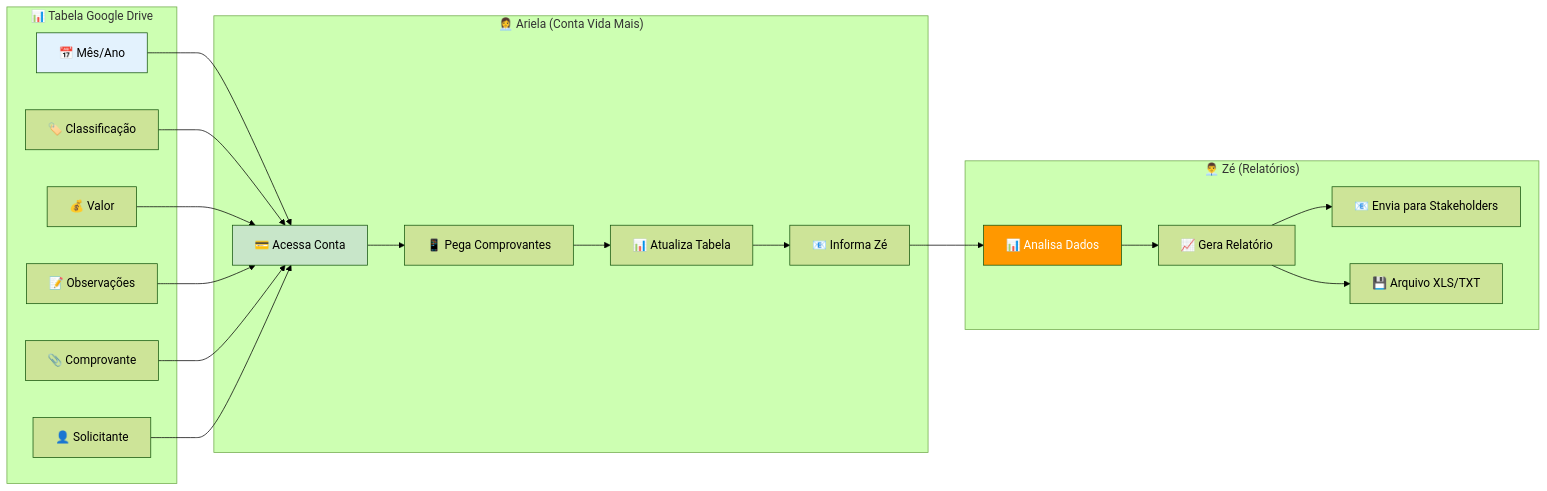
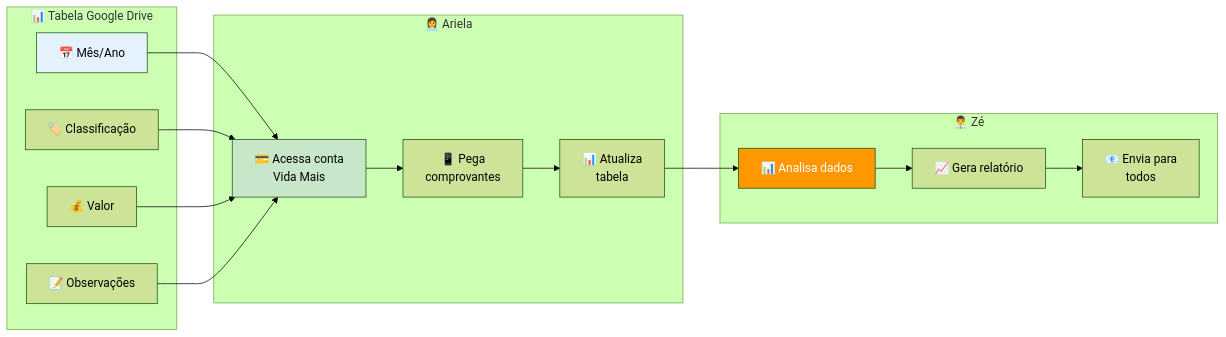
One commit to emanuelcosta-git/epoch-dream-builder changed the second of 6 diagrams in FLUXO_REAL_VIDA_MAIS.md. Above: the diagram before and after it, drawn with Mermaid (forest theme). The commit also changed other lines of this file, not shown here.

````diff
--- a/FLUXO_REAL_VIDA_MAIS.md
+++ b/FLUXO_REAL_VIDA_MAIS.md
@@ -89,40 +71,33 @@
 ```mermaid
 flowchart LR
     subgraph "📊 Tabela Google Drive"
         A[📅 Mês/Ano]
         B[🏷️ Classificação]
         C[💰 Valor]
         D[📝 Observações]
-        E[📎 Comprovante]
-        F[👤 Solicitante]
     end
     
-    subgraph "👩‍💼 Ariela (Conta Vida Mais)"
-        G[💳 Acessa Conta]
-        H[📱 Pega Comprovantes]
-        I[📊 Atualiza Tabela]
-        J[📧 Informa Zé]
+    subgraph "👩‍💼 Ariela"
+        E[💳 Acessa conta<br/>Vida Mais]
+        F[📱 Pega<br/>comprovantes]
+        G[📊 Atualiza<br/>tabela]
     end
     
-    subgraph "👨‍💼 Zé (Relatórios)"
-        K[📊 Analisa Dados]
-        L[📈 Gera Relatório]
-        M[📧 Envia para Stakeholders]
-        N[💾 Arquivo XLS/TXT]
+    subgraph "👨‍💼 Zé"
+        H[📊 Analisa dados]
+        I[📈 Gera relatório]
+        J[📧 Envia para<br/>todos]
     end
     
-    A --> G
-    B --> G
-    C --> G
-    D --> G
-    E --> G
-    F --> G
+    A --> E
+    B --> E
+    C --> E
+    D --> E
     
+    E --> F --> G
     G --> H --> I --> J
-    J --> K --> L --> M
-    L --> N
     
     style A fill:#e3f2fd
-    style G fill:#c8e6c9
-    style K fill:#ff9800,color:#fff
+    style E fill:#c8e6c9
+    style H fill:#ff9800,color:#fff
 ```
````
